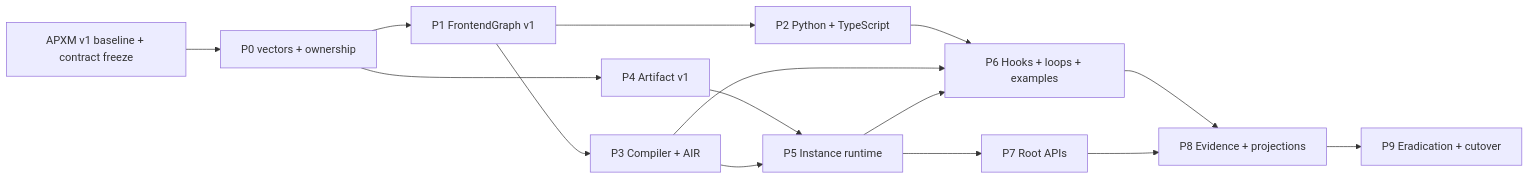
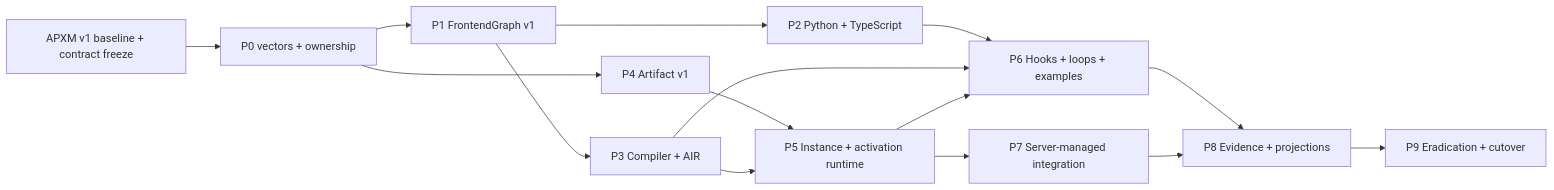
Before and after one commit to apxm-project/agents: the diagram in docs/agents/agent-program-composition-and-air-full-replacement-plan.md, drawn with Mermaid. The commit also changed other lines of this file and 22 other files, not shown here.

````diff
--- a/docs/agents/agent-program-composition-and-air-full-replacement-plan.md
+++ b/docs/agents/agent-program-composition-and-air-full-replacement-plan.md
@@ -430,17 +554,17 @@
 ```mermaid
 flowchart LR
     C["APXM v1 baseline + contract freeze"] --> P0["P0 vectors + ownership"]
     P0 --> P1["P1 FrontendGraph v1"]
     P0 --> P4["P4 Artifact v1"]
     P1 --> P2["P2 Python + TypeScript"]
     P1 --> P3["P3 Compiler + AIR"]
-    P4 --> P5["P5 Instance runtime"]
+    P4 --> P5["P5 Instance + activation runtime"]
     P3 --> P5
     P2 --> P6["P6 Hooks + loops + examples"]
     P3 --> P6
     P5 --> P6
-    P5 --> P7["P7 Root APIs"]
+    P5 --> P7["P7 Server-managed integration"]
     P6 --> P8["P8 Evidence + projections"]
     P7 --> P8
     P8 --> P9["P9 Eradication + cutover"]
 ```
````
